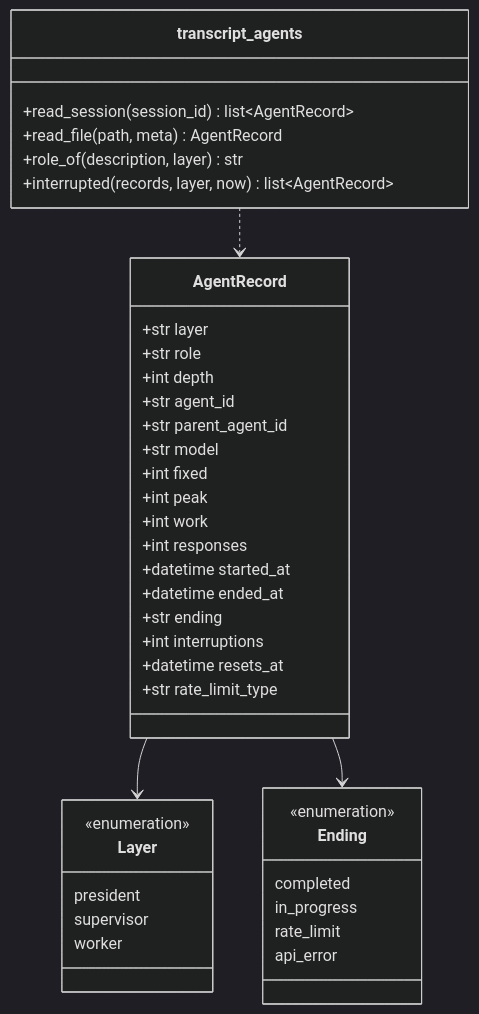
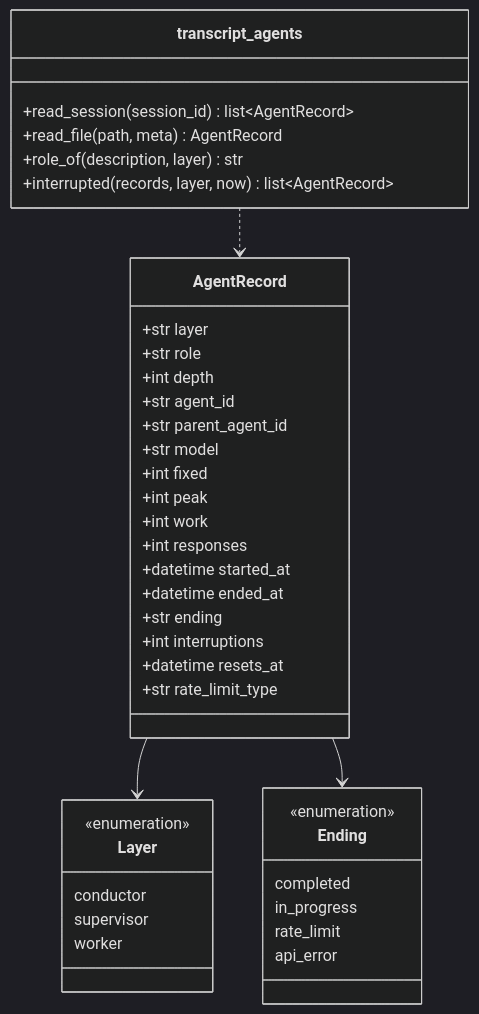
One commit to devbasex/ai-plugins changed the fourth of 6 diagrams in issues/issue-550-657-design.md. Above: the diagram before and after it, drawn with Mermaid (dark theme). The commit also changed other lines of this file and 2 other files, not shown here.

First line of the commit message:
Docs: 最上位の層の名前を president から conductor にする（#550 #657）

````diff
--- a/issues/issue-550-657-design.md
+++ b/issues/issue-550-657-design.md
@@ -340,43 +340,43 @@
 ```mermaid
 classDiagram
     class AgentRecord {
         +str layer
         +str role
         +int depth
         +str agent_id
         +str parent_agent_id
         +str model
         +int fixed
         +int peak
         +int work
         +int responses
         +datetime started_at
         +datetime ended_at
         +str ending
         +int interruptions
         +datetime resets_at
         +str rate_limit_type
     }
     class Layer {
         <<enumeration>>
-        president
+        conductor
         supervisor
         worker
     }
     class Ending {
         <<enumeration>>
         completed
         in_progress
         rate_limit
         api_error
     }
     class transcript_agents {
         +read_session(session_id) list~AgentRecord~
         +read_file(path, meta) AgentRecord
         +role_of(description, layer) str
         +interrupted(records, layer, now) list~AgentRecord~
     }
     AgentRecord --> Layer
     AgentRecord --> Ending
     transcript_agents ..> AgentRecord
 ```
````
